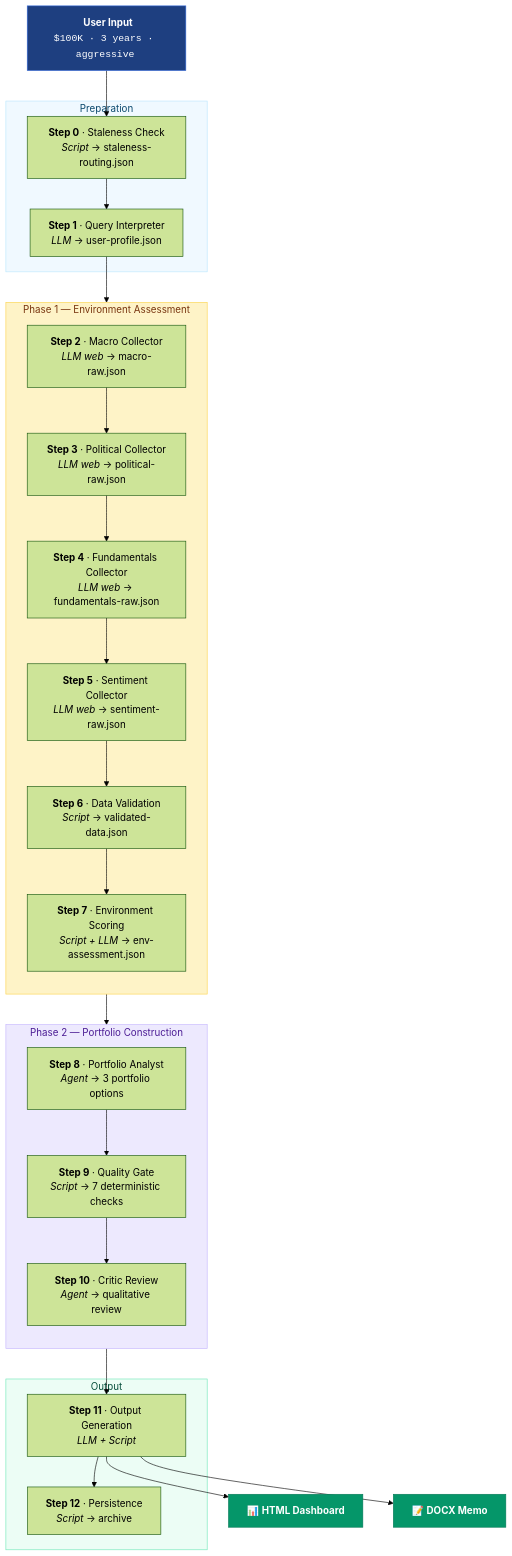
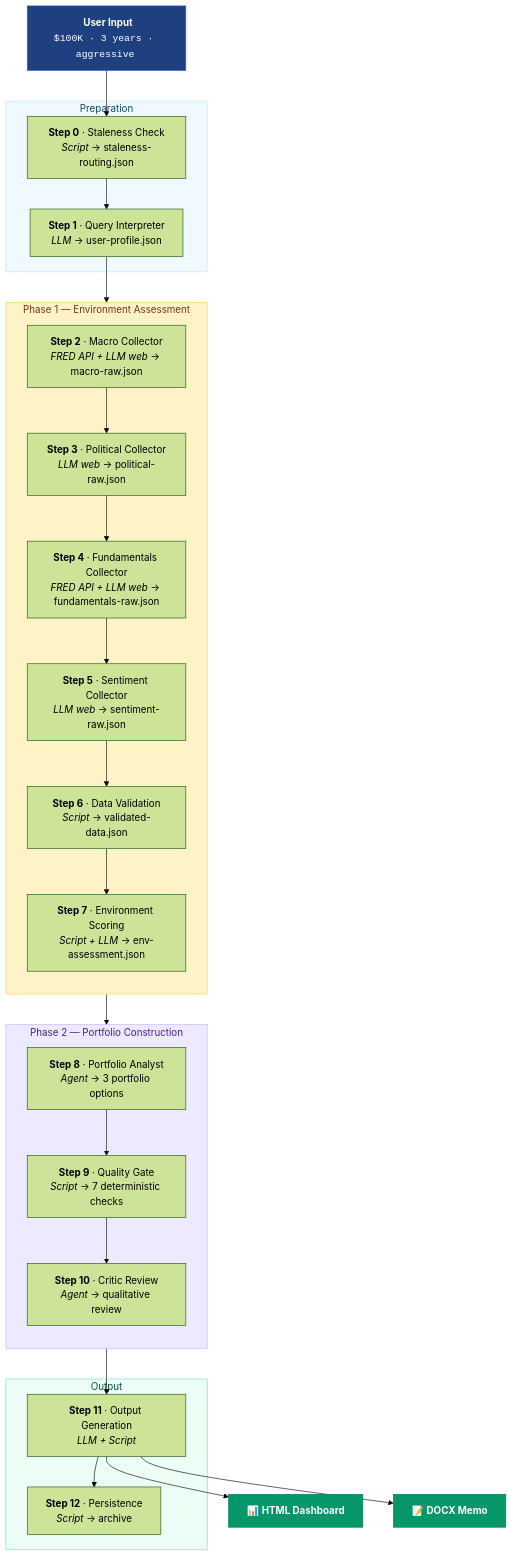
The diagram in README.md (kipeum86/investment-portfolio-advisor), drawn with Mermaid (forest theme) before and after one commit. The commit also changed other lines of this file and 1 other file, not shown here.

First line of the commit message:
docs: update README with FRED API integration details

````diff
--- a/README.md
+++ b/README.md
@@ -62,53 +62,53 @@
 ```mermaid
 flowchart TD
     INPUT["&nbsp;<b>User Input</b><br/><code>$100K · 3 years · aggressive</code>&nbsp;"]
     INPUT --> S0
 
     subgraph PREP ["&nbsp; Preparation &nbsp;"]
         S0["<b>Step 0</b> · Staleness Check<br/><i>Script</i> → staleness-routing.json"]
         S1["<b>Step 1</b> · Query Interpreter<br/><i>LLM</i> → user-profile.json"]
         S0 --> S1
     end
 
     S1 --> S2
 
     subgraph ENV ["&nbsp; Phase 1 — Environment Assessment &nbsp;"]
         direction TB
-        S2["<b>Step 2</b> · Macro Collector<br/><i>LLM web</i> → macro-raw.json"]
+        S2["<b>Step 2</b> · Macro Collector<br/><i>FRED API + LLM web</i> → macro-raw.json"]
         S3["<b>Step 3</b> · Political Collector<br/><i>LLM web</i> → political-raw.json"]
-        S4["<b>Step 4</b> · Fundamentals Collector<br/><i>LLM web</i> → fundamentals-raw.json"]
+        S4["<b>Step 4</b> · Fundamentals Collector<br/><i>FRED API + LLM web</i> → fundamentals-raw.json"]
         S5["<b>Step 5</b> · Sentiment Collector<br/><i>LLM web</i> → sentiment-raw.json"]
         S6["<b>Step 6</b> · Data Validation<br/><i>Script</i> → validated-data.json"]
         S7["<b>Step 7</b> · Environment Scoring<br/><i>Script + LLM</i> → env-assessment.json"]
         S2 --> S3 --> S4 --> S5 --> S6 --> S7
     end
 
     S7 --> S8
 
     subgraph PORT ["&nbsp; Phase 2 — Portfolio Construction &nbsp;"]
         direction TB
         S8["<b>Step 8</b> · Portfolio Analyst<br/><i>Agent</i> → 3 portfolio options"]
         S9["<b>Step 9</b> · Quality Gate<br/><i>Script</i> → 7 deterministic checks"]
         S10["<b>Step 10</b> · Critic Review<br/><i>Agent</i> → qualitative review"]
         S8 --> S9 --> S10
     end
 
     S10 --> S11
 
     subgraph OUT ["&nbsp; Output &nbsp;"]
         S11["<b>Step 11</b> · Output Generation<br/><i>LLM + Script</i>"]
         S12["<b>Step 12</b> · Persistence<br/><i>Script</i> → archive"]
         S11 --> S12
     end
 
     S11 --> HTML["📊 <b>HTML Dashboard</b>"]
     S11 --> DOCX["📝 <b>DOCX Memo</b>"]
 
     style INPUT fill:#1e3f80,stroke:#3367d6,color:#fff
     style HTML fill:#059669,stroke:#047857,color:#fff
     style DOCX fill:#059669,stroke:#047857,color:#fff
     style PREP fill:#f0f9ff,stroke:#bae6fd,color:#0c4a6e
     style ENV fill:#fef3c7,stroke:#fcd34d,color:#78350f
     style PORT fill:#ede9fe,stroke:#c4b5fd,color:#4c1d95
     style OUT fill:#ecfdf5,stroke:#6ee7b7,color:#064e3b
 ```
````
